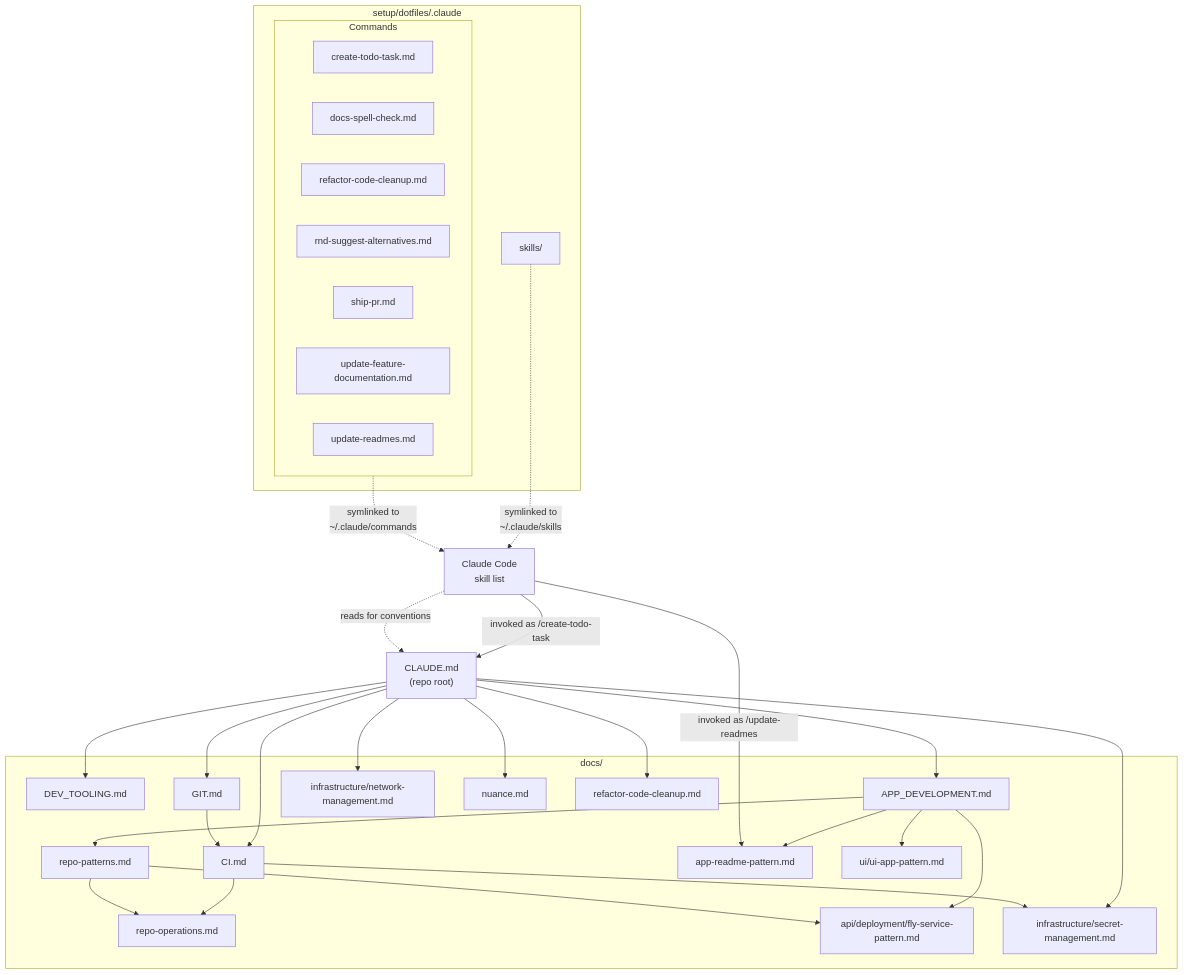
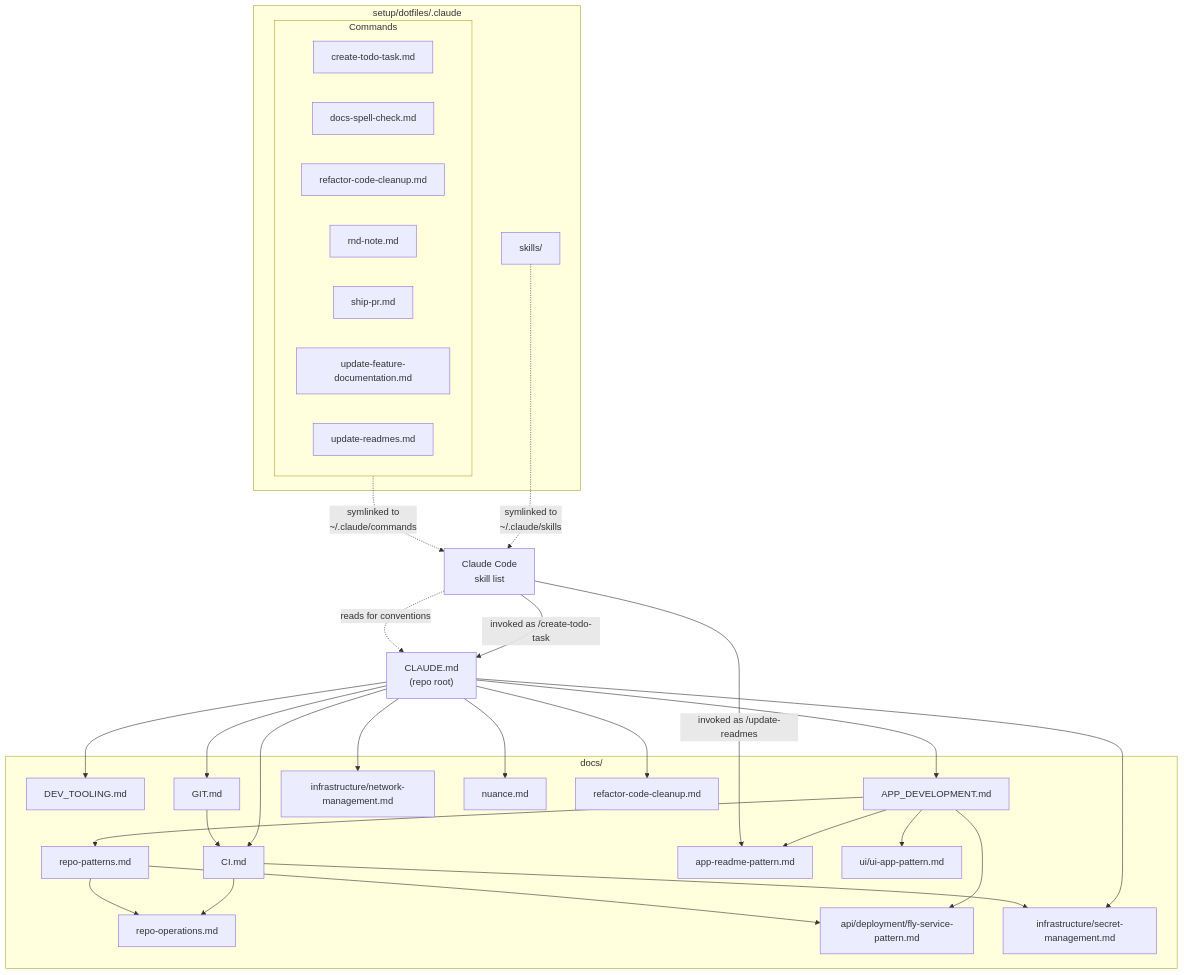
The diagram in docs/agent-diagram.md (iamharryliu/vigilant-broccoli), drawn with Mermaid before and after one commit. The commit also changed 7 other files, not shown here.

First line of the commit message:
feat(agent-sandbox): Add pnpm agentic:rnd R&D note flow.

````diff
--- a/docs/agent-diagram.md
+++ b/docs/agent-diagram.md
@@ -5,59 +5,59 @@
 ```mermaid
 flowchart TD
     CLAUDE["CLAUDE.md<br/>(repo root)"]
 
     subgraph DOCS["docs/"]
         DEV_TOOLING["DEV_TOOLING.md"]
         CI["CI.md"]
         APP_DEV["APP_DEVELOPMENT.md"]
         GIT["GIT.md"]
         NETWORK["infrastructure/network-management.md"]
         NUANCE["nuance.md"]
         REPO_PATTERNS["repo-patterns.md"]
         REPO_OPS["repo-operations.md"]
         APP_README["app-readme-pattern.md"]
         UI_PATTERN["ui/ui-app-pattern.md"]
         FLY_PATTERN["api/deployment/fly-service-pattern.md"]
         SECRETS["infrastructure/secret-management.md"]
         REFACTOR["refactor-code-cleanup.md"]
     end
 
     CLAUDE --> DEV_TOOLING
     CLAUDE --> CI
     CLAUDE --> APP_DEV
     CLAUDE --> GIT
     CLAUDE --> NETWORK
     CLAUDE --> SECRETS
     CLAUDE --> NUANCE
     CLAUDE --> REFACTOR
 
     CI --> REPO_OPS
     CI --> SECRETS
     GIT --> CI
     APP_DEV --> REPO_PATTERNS
     APP_DEV --> APP_README
     APP_DEV --> UI_PATTERN
     APP_DEV --> FLY_PATTERN
     REPO_PATTERNS --> FLY_PATTERN
     REPO_PATTERNS --> REPO_OPS
 
     subgraph SKILLS["setup/dotfiles/.claude"]
         subgraph COMMANDS["Commands"]
             CMD_TODO["create-todo-task.md"]
             CMD_SPELLCHECK["docs-spell-check.md"]
             CMD_REFACTOR_CLEANUP["refactor-code-cleanup.md"]
-            CMD_ALTERNATIVES["rnd-suggest-alternatives.md"]
+            CMD_RND_NOTE["rnd-note.md"]
             CMD_SHIP_PR["ship-pr.md"]
             CMD_UPDATE_FEATURE_DOCS["update-feature-documentation.md"]
             CMD_UPDATE_READMES["update-readmes.md"]
         end
         SKILLDIR["skills/"]
     end
 
     COMMANDS -.->|symlinked to<br/>~/.claude/commands| CLAUDECODE["Claude Code<br/>skill list"]
     SKILLDIR -.->|symlinked to<br/>~/.claude/skills| CLAUDECODE
 
     CLAUDECODE -->|invoked as /update-readmes| APP_README
     CLAUDECODE -->|invoked as /create-todo-task| CLAUDE
     CLAUDECODE -.->|reads for conventions| CLAUDE
 ```
````
